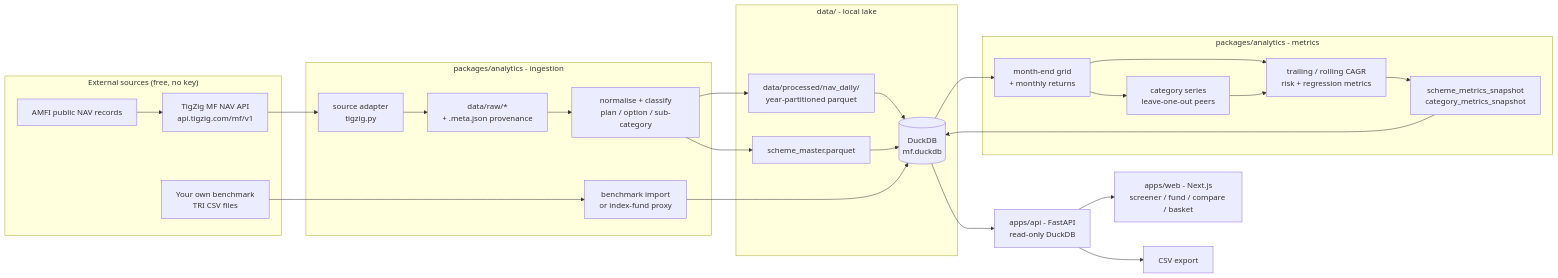
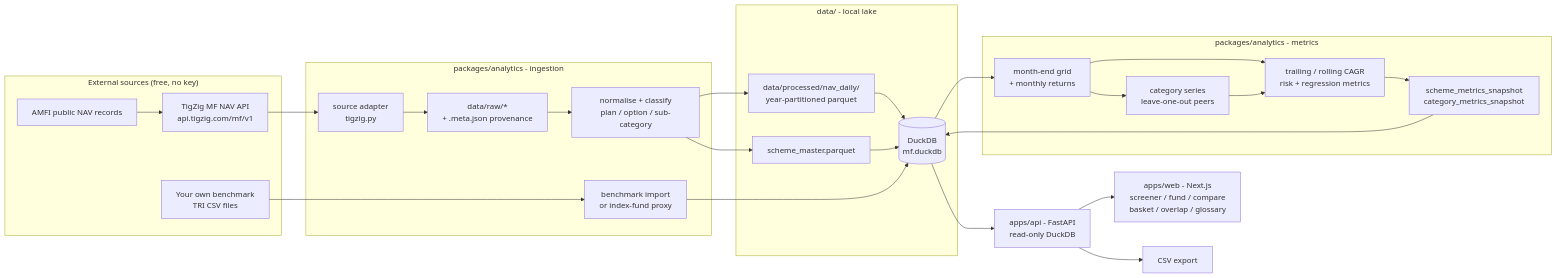
The diagram in README.md (manyxlabs/mf-screener), drawn with Mermaid before and after one commit. The commit also changed other lines of this file, not shown here.

````diff
--- a/README.md
+++ b/README.md
@@ -19,35 +19,35 @@
 ```mermaid
 flowchart LR
   subgraph Sources["External sources (free, no key)"]
     A["AMFI public NAV records"] --> B["TigZig MF NAV API<br/>api.tigzig.com/mf/v1"]
     C["Your own benchmark<br/>TRI CSV files"]
   end
 
   subgraph Ingest["packages/analytics - ingestion"]
     B --> D["source adapter<br/>tigzig.py"]
     D --> E["data/raw/*<br/>+ .meta.json provenance"]
     E --> F["normalise + classify<br/>plan / option / sub-category"]
     C --> G["benchmark import<br/>or index-fund proxy"]
   end
 
   subgraph Store["data/ - local lake"]
     F --> H["data/processed/nav_daily/<br/>year-partitioned parquet"]
     F --> I["scheme_master.parquet"]
     H --> J[("DuckDB<br/>mf.duckdb")]
     I --> J
     G --> J
   end
 
   subgraph Analytics["packages/analytics - metrics"]
     J --> K["month-end grid<br/>+ monthly returns"]
     K --> L["category series<br/>leave-one-out peers"]
     K --> N["trailing / rolling CAGR<br/>risk + regression metrics"]
     L --> N
     N --> O["scheme_metrics_snapshot<br/>category_metrics_snapshot"]
     O --> J
   end
 
   J --> P["apps/api - FastAPI<br/>read-only DuckDB"]
-  P --> Q["apps/web - Next.js<br/>screener / fund / compare / basket"]
+  P --> Q["apps/web - Next.js<br/>screener / fund / compare<br/>basket / overlap / glossary"]
   P --> R["CSV export"]
 ```
````
